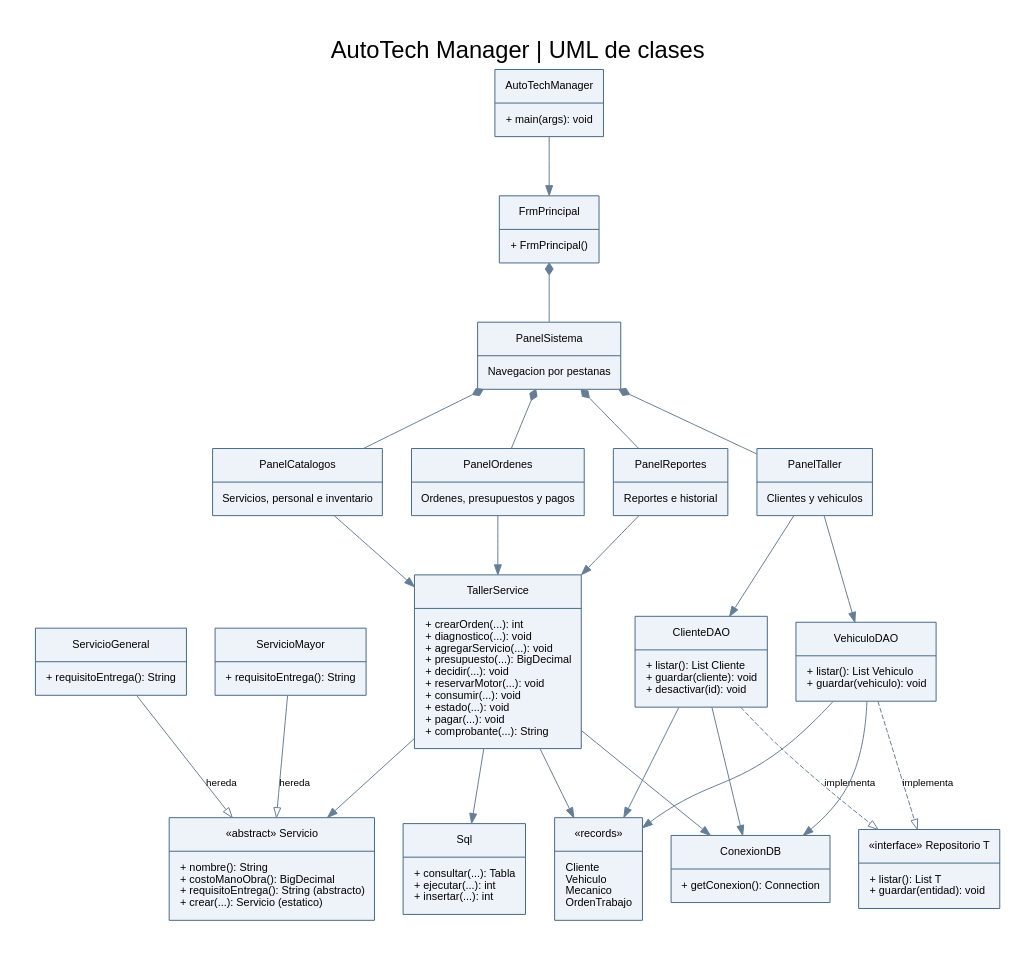
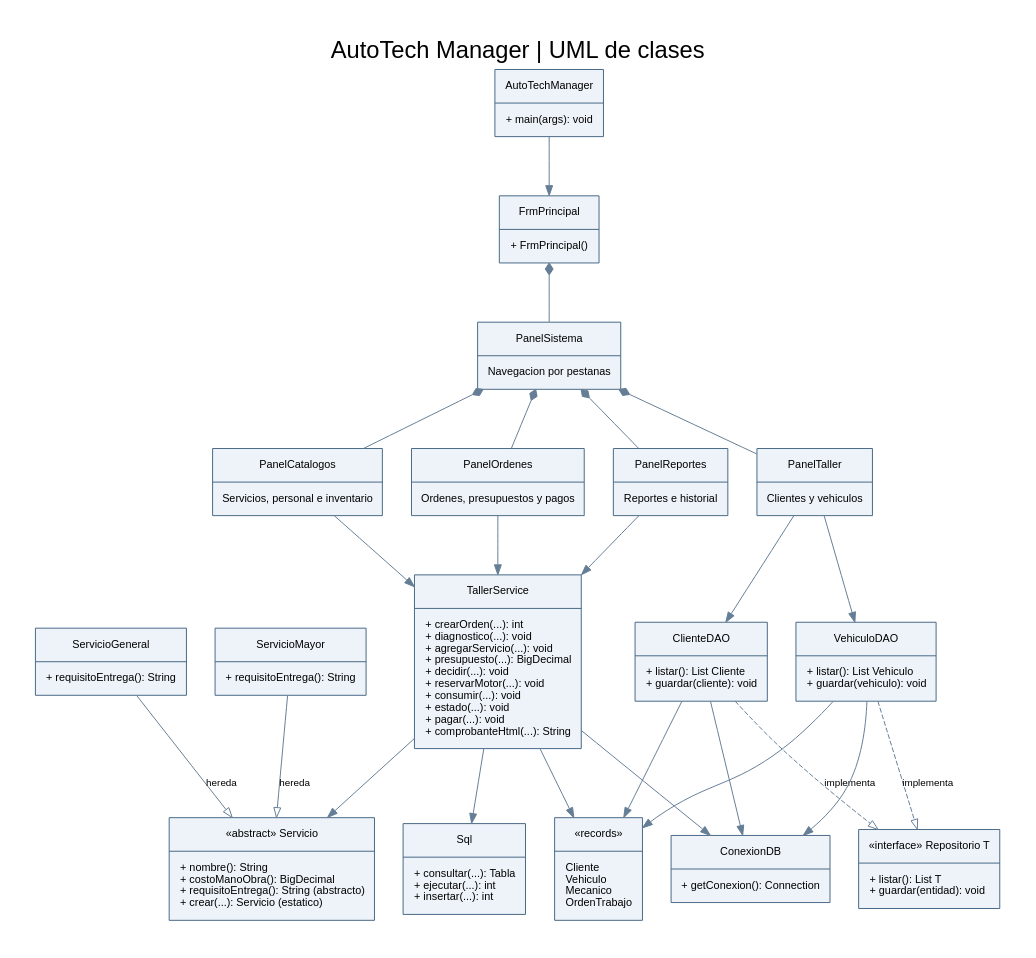
Before and after one commit to 6erson/AutoTechManagerProyecto: the diagram in docs/diagrama-uml.dot, drawn with Graphviz. The commit also changed 51 other files, not shown here.

```diff
--- a/docs/diagrama-uml.dot
+++ b/docs/diagrama-uml.dot
@@ -1,33 +1,33 @@
 digraph G {
  graph [rankdir=TB,bgcolor="white",pad=0.4,nodesep=0.4,ranksep=0.8,fontname="Arial",label="AutoTech Manager | UML de clases",labelloc=t,fontsize=24];
  node [shape=record,fontname="Arial",fontsize=11,style=filled,fillcolor="#edf3f9",color="#496987",margin=0.15];
  edge [color="#657e96",fontname="Arial",fontsize=10];
  AutoTechManager [label="{AutoTechManager|+ main(args): void}"];
  FrmPrincipal [label="{FrmPrincipal|+ FrmPrincipal()}"];
  PanelSistema [label="{PanelSistema|Navegacion por pestanas}"];
  PanelTaller [label="{PanelTaller|Clientes y vehiculos}"];
  PanelCatalogos [label="{PanelCatalogos|Servicios, personal e inventario}"];
  PanelOrdenes [label="{PanelOrdenes|Ordenes, presupuestos y pagos}"];
  PanelReportes [label="{PanelReportes|Reportes e historial}"];
- TallerService [label="{TallerService|+ crearOrden(...): int\l+ diagnostico(...): void\l+ agregarServicio(...): void\l+ presupuesto(...): BigDecimal\l+ decidir(...): void\l+ reservarMotor(...): void\l+ consumir(...): void\l+ estado(...): void\l+ pagar(...): void\l+ comprobante(...): String\l}"];
+ TallerService [label="{TallerService|+ crearOrden(...): int\l+ diagnostico(...): void\l+ agregarServicio(...): void\l+ presupuesto(...): BigDecimal\l+ decidir(...): void\l+ reservarMotor(...): void\l+ consumir(...): void\l+ estado(...): void\l+ pagar(...): void\l+ comprobanteHtml(...): String\l}"];
  Sql [label="{Sql|+ consultar(...): Tabla\l+ ejecutar(...): int\l+ insertar(...): int\l}"];
  ConexionDB [label="{ConexionDB|+ getConexion(): Connection}"];
  Repositorio [label="{«interface» Repositorio T|+ listar(): List T\l+ guardar(entidad): void\l}"];
- ClienteDAO [label="{ClienteDAO|+ listar(): List Cliente\l+ guardar(cliente): void\l+ desactivar(id): void\l}"];
+ ClienteDAO [label="{ClienteDAO|+ listar(): List Cliente\l+ guardar(cliente): void\l}"];
  VehiculoDAO [label="{VehiculoDAO|+ listar(): List Vehiculo\l+ guardar(vehiculo): void\l}"];
  Servicio [label="{«abstract» Servicio|+ nombre(): String\l+ costoManoObra(): BigDecimal\l+ requisitoEntrega(): String (abstracto)\l+ crear(...): Servicio (estatico)\l}"];
  ServicioGeneral [label="{ServicioGeneral|+ requisitoEntrega(): String}"];
  ServicioMayor [label="{ServicioMayor|+ requisitoEntrega(): String}"];
  Modelos [label="{«records»|Cliente\lVehiculo\lMecanico\lOrdenTrabajo\l}"];
  AutoTechManager -> FrmPrincipal;
  FrmPrincipal -> PanelSistema [dir=both,arrowtail=diamond,arrowhead=none];
  PanelSistema -> {PanelTaller PanelCatalogos PanelOrdenes PanelReportes} [dir=both,arrowtail=diamond,arrowhead=none];
  {PanelCatalogos PanelOrdenes PanelReportes} -> TallerService;
  PanelTaller -> {ClienteDAO VehiculoDAO};
  {ClienteDAO VehiculoDAO} -> Repositorio [style=dashed,arrowhead=empty,label="implementa"];
  {ClienteDAO VehiculoDAO TallerService} -> ConexionDB;
  TallerService -> {Sql Servicio Modelos};
  ClienteDAO -> Modelos;
  VehiculoDAO -> Modelos;
  {ServicioGeneral ServicioMayor} -> Servicio [arrowhead=empty,label="hereda"];
 }
```
